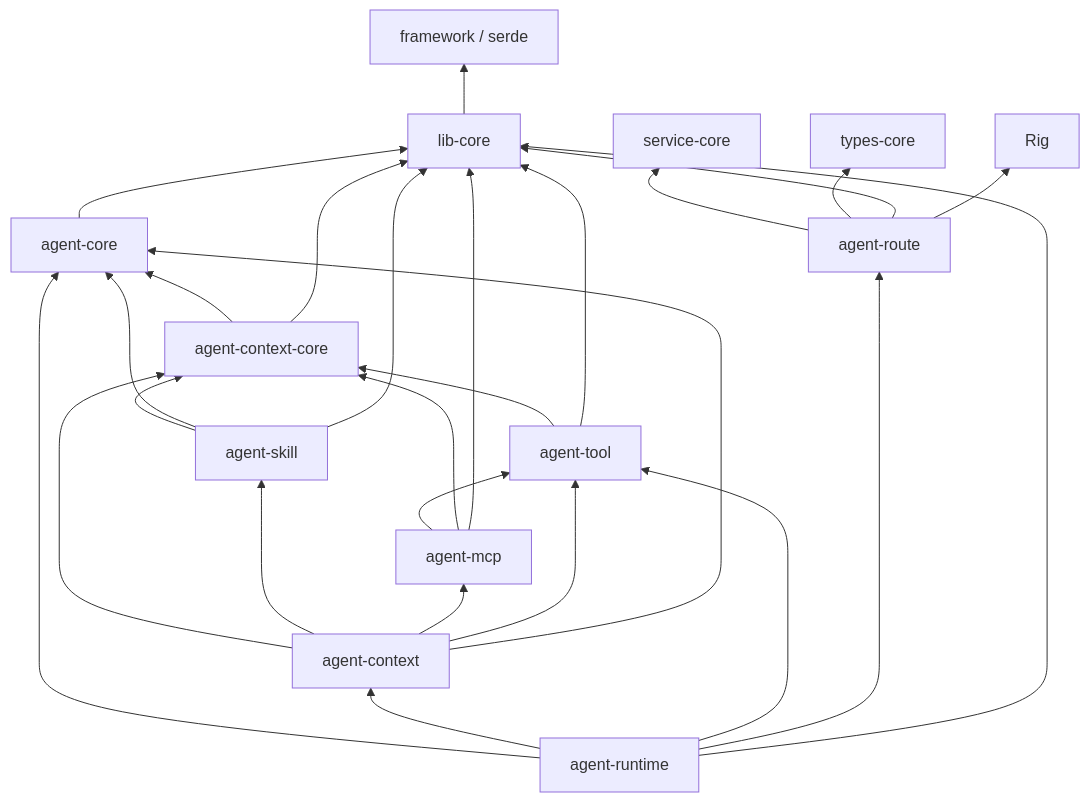
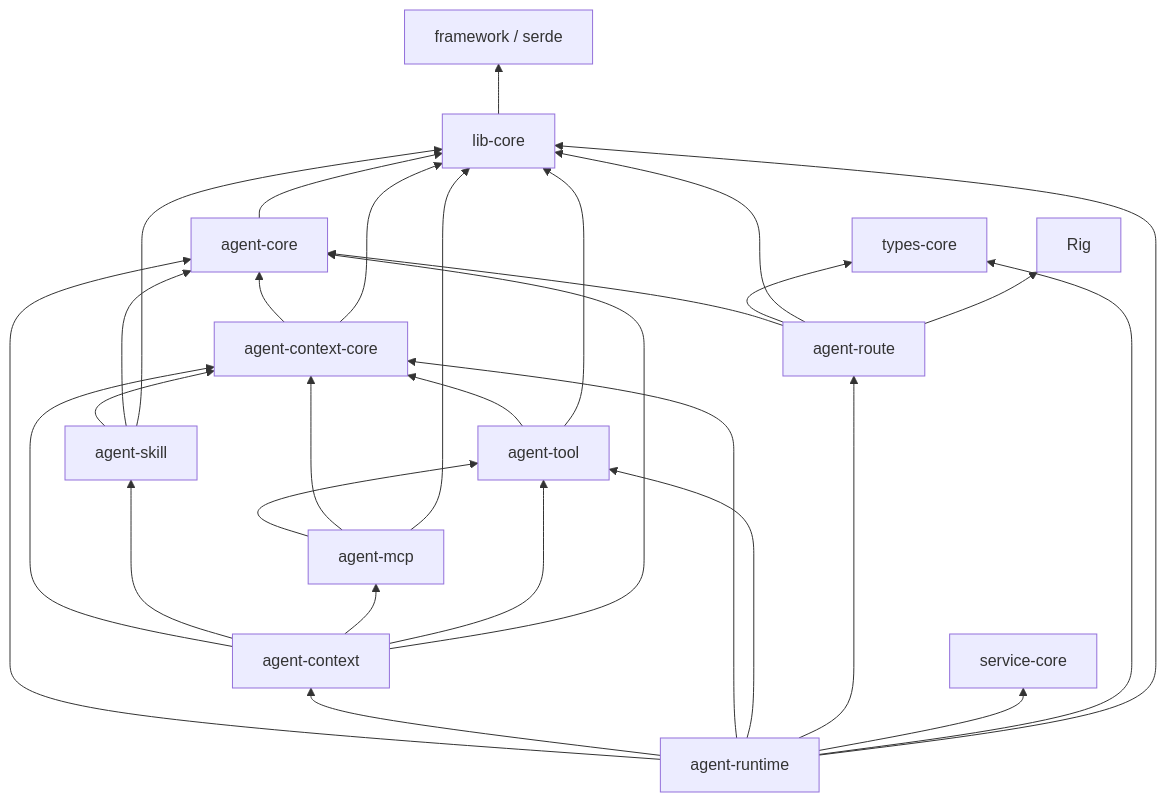
Before and after one commit to lingting/lingting-agent: the third of 5 diagrams in docs/workspace.md, drawn with Mermaid. The commit also changed other lines of this file and 22 other files, not shown here.

````diff
--- a/docs/workspace.md
+++ b/docs/workspace.md
@@ -718,29 +712,32 @@
 ```mermaid
 flowchart BT
     libcore["lib-core"] --> ext["framework / serde"]
     agentcore["agent-core"] --> libcore
     ctxcore["agent-context-core"] --> agentcore
     ctxcore --> libcore
     skill["agent-skill"] --> ctxcore
     skill --> agentcore
     skill --> libcore
     tool["agent-tool"] --> ctxcore
     tool --> libcore
     mcp["agent-mcp"] --> tool
     mcp --> ctxcore
     mcp --> libcore
     ctx["agent-context"] --> ctxcore
     ctx --> skill
     ctx --> mcp
     ctx --> tool
     ctx --> agentcore
-    route["agent-route"] --> servicecore["service-core"]
+    route["agent-route"] --> agentcore
     route --> typescore["types-core"]
     route --> libcore
     route --> rig["Rig"]
     runtime["agent-runtime"] --> agentcore
     runtime --> ctx
+    runtime --> ctxcore
     runtime --> tool
     runtime --> route
+    runtime --> servicecore["service-core"]
+    runtime --> typescore
     runtime --> libcore
 ```
````
